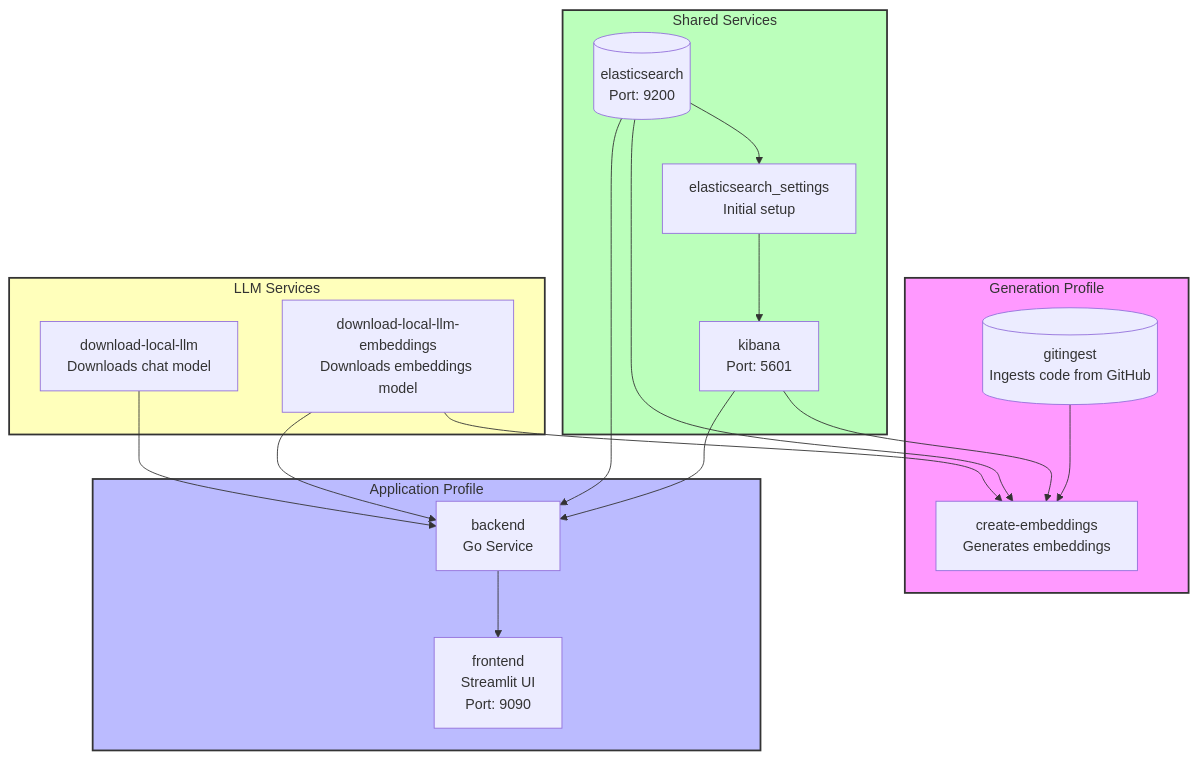
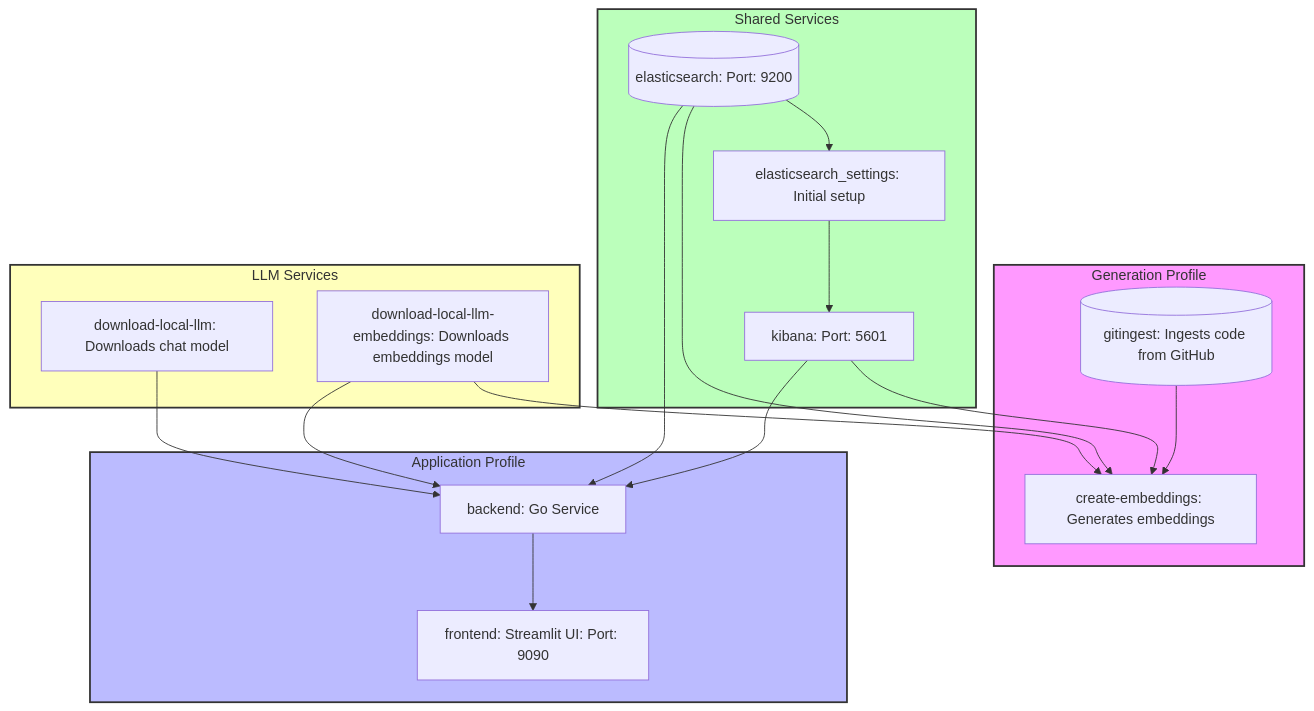
Before and after one commit to parakeet-nest/parakeet: the diagram in examples/72-gitingest-es/README.md, drawn with Mermaid.

Commit message:
🚧 Work in progress: finalize the example

````diff
--- a/examples/72-gitingest-es/README.md
+++ b/examples/72-gitingest-es/README.md
@@ -3,43 +3,43 @@
 ```mermaid
 flowchart TD
     subgraph Generation["Generation Profile"]
-        gitingest[("gitingest\nIngests code from GitHub")]
-        create-embeddings["create-embeddings\nGenerates embeddings"]
+        gitingest[("gitingest: Ingests code from GitHub")]
+        create-embeddings["create-embeddings: Generates embeddings"]
     end
 
     subgraph Application["Application Profile"]
-        frontend["frontend\nStreamlit UI\nPort: 9090"]
-        backend["backend\nGo Service"]
+        frontend["frontend: Streamlit UI: Port: 9090"]
+        backend["backend: Go Service"]
     end
 
     subgraph Shared["Shared Services"]
-        elasticsearch[("elasticsearch\nPort: 9200")]
-        kibana["kibana\nPort: 5601"]
-        elasticsearch_settings["elasticsearch_settings\nInitial setup"]
+        elasticsearch[("elasticsearch: Port: 9200")]
+        kibana["kibana: Port: 5601"]
+        elasticsearch_settings["elasticsearch_settings: Initial setup"]
     end
 
     subgraph LLM["LLM Services"]
-        download-local-llm["download-local-llm\nDownloads chat model"]
-        download-local-llm-embeddings["download-local-llm-embeddings\nDownloads embeddings model"]
+        download-local-llm["download-local-llm: Downloads chat model"]
+        download-local-llm-embeddings["download-local-llm-embeddings: Downloads embeddings model"]
     end
 
     %% Dependencies for Generation Profile
     gitingest --> create-embeddings
     download-local-llm-embeddings --> create-embeddings
     elasticsearch --> elasticsearch_settings
     elasticsearch_settings --> kibana
     elasticsearch --> create-embeddings
     kibana --> create-embeddings
 
     %% Dependencies for Application Profile
     download-local-llm --> backend
     download-local-llm-embeddings --> backend
     elasticsearch --> backend
     kibana --> backend
     backend --> frontend
 
     style Generation fill:#f9f,stroke:#333,stroke-width:2px
     style Application fill:#bbf,stroke:#333,stroke-width:2px
     style Shared fill:#bfb,stroke:#333,stroke-width:2px
     style LLM fill:#ffb,stroke:#333,stroke-width:2px
 ```
````
